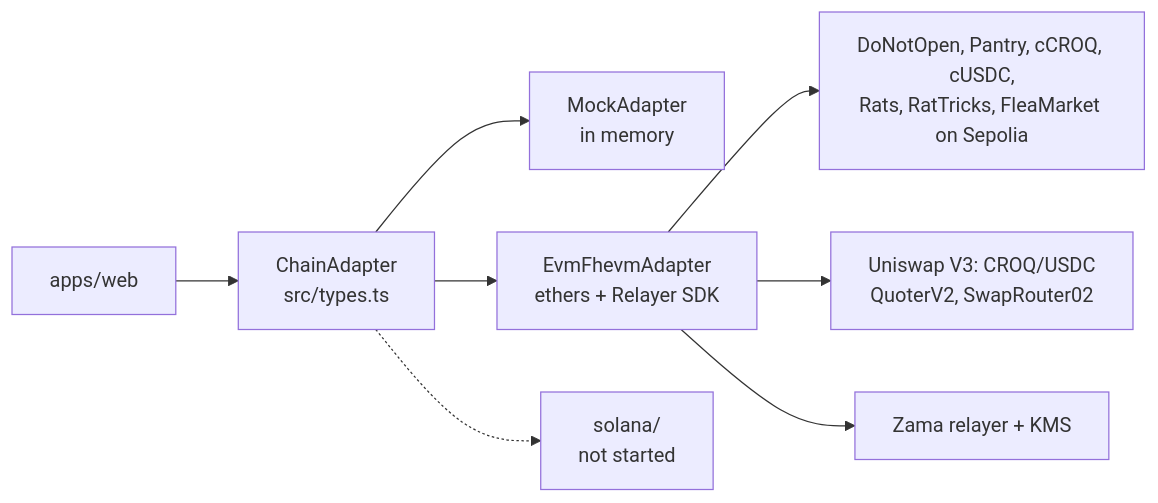
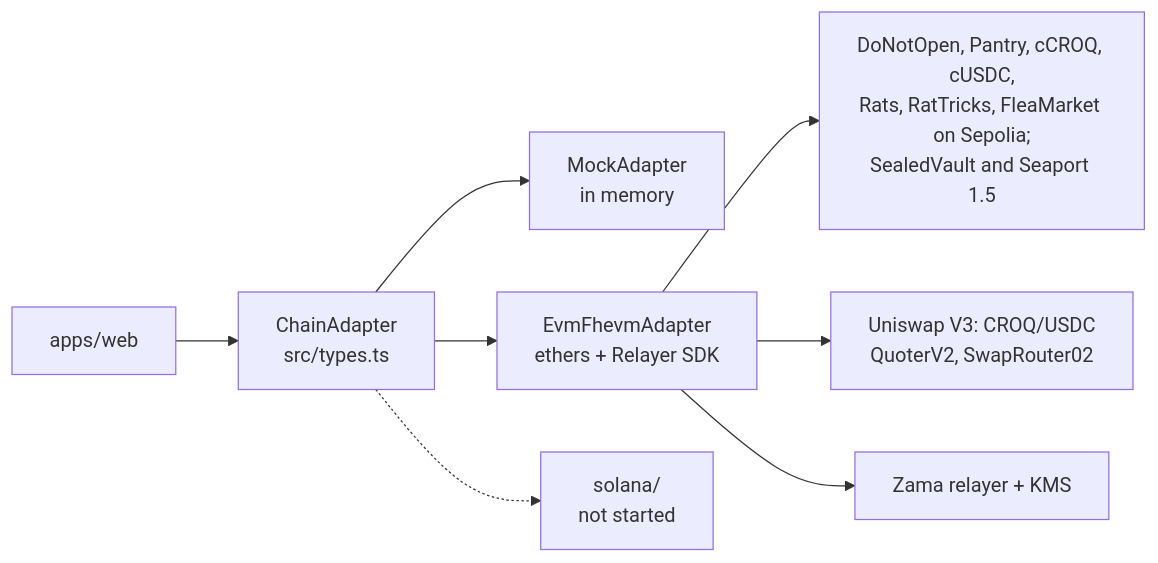
The first of 2 diagrams in packages/chain-adapter/README.md (jecombe/do_not_open), drawn with Mermaid before and after one commit. The commit also changed other lines of this file and 74 other files, not shown here.

Commit message:
Add the sealed vault, where any NFT sits in a box whose holder is encrypted and sells on Seaport or privately, and deploy it on Sepolia

````diff
--- a/packages/chain-adapter/README.md
+++ b/packages/chain-adapter/README.md
@@ -6,10 +6,10 @@
 ```mermaid
 flowchart LR
   web["apps/web"] --> iface["ChainAdapter<br/>src/types.ts"]
   iface --> mock["MockAdapter<br/>in memory"]
   iface --> evm["EvmFhevmAdapter<br/>ethers + Relayer SDK"]
   iface -.-> sol["solana/<br/>not started"]
-  evm --> contract["DoNotOpen, Pantry, cCROQ, cUSDC,<br/>Rats, RatTricks, FleaMarket on Sepolia"]
+  evm --> contract["DoNotOpen, Pantry, cCROQ, cUSDC,<br/>Rats, RatTricks, FleaMarket on Sepolia;<br/>SealedVault and Seaport 1.5"]
   evm --> market["Uniswap V3: CROQ/USDC<br/>QuoterV2, SwapRouter02"]
   evm --> relayer["Zama relayer + KMS"]
 ```
````
